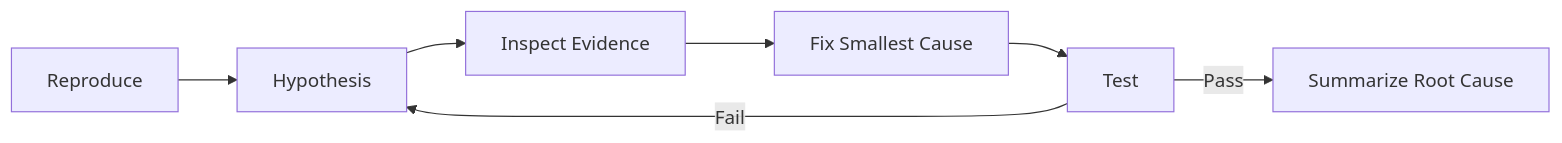
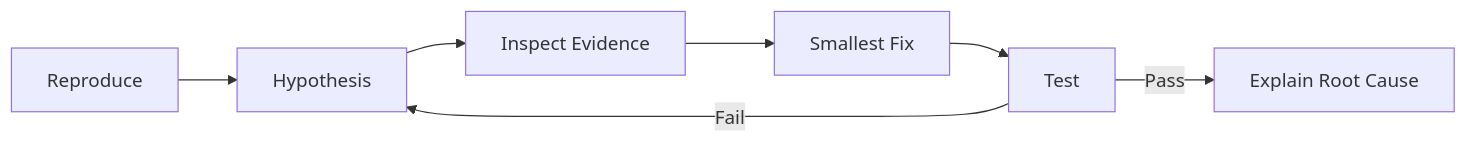
One commit to indigofeather/harness-book changed the fourth of 10 diagrams in docs/applications/workflows.md. Above: the diagram before and after it, drawn with Mermaid. The commit also changed other lines of this file and 48 other files, not shown here.

````diff
--- a/docs/applications/workflows.md
+++ b/docs/applications/workflows.md
@@ -104,9 +76,9 @@
 ```mermaid
 flowchart LR
   R[Reproduce] --> H[Hypothesis]
   H --> I[Inspect Evidence]
-  I --> F[Fix Smallest Cause]
+  I --> F[Smallest Fix]
   F --> T[Test]
   T -->|Fail| H
-  T -->|Pass| S[Summarize Root Cause]
+  T -->|Pass| S[Explain Root Cause]
 ```
````
